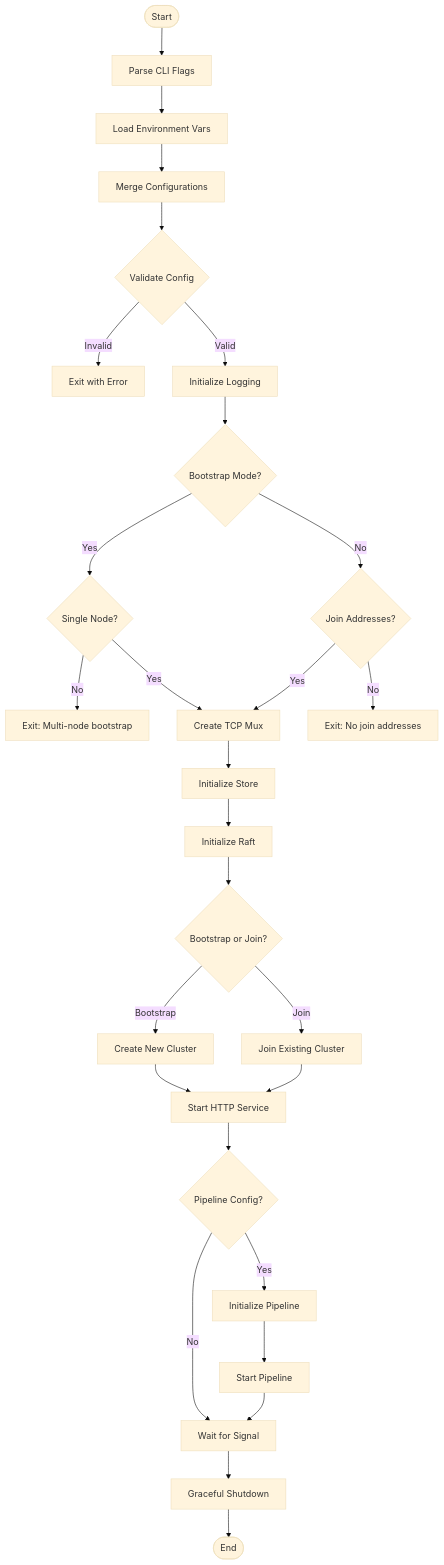
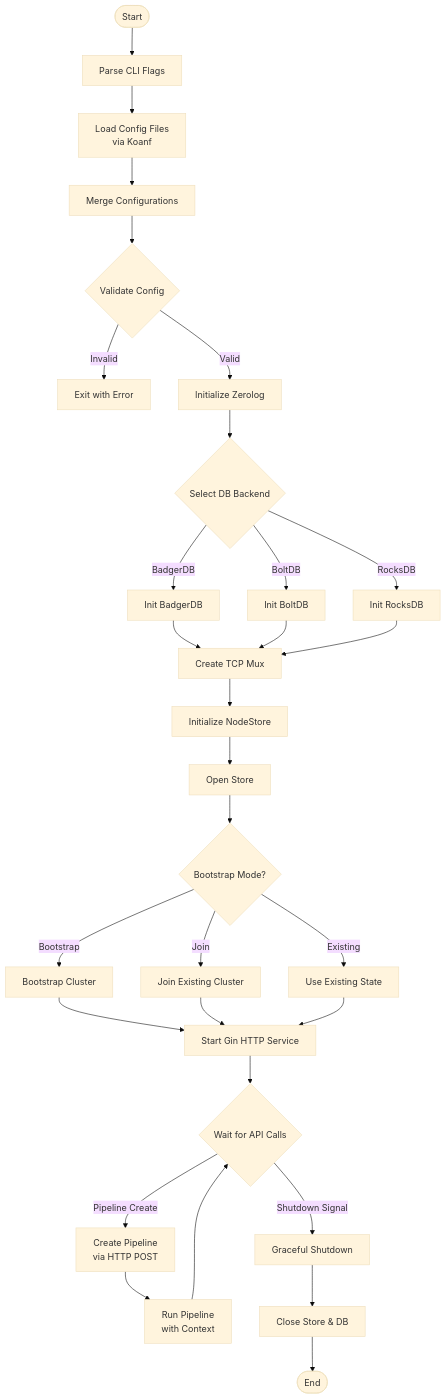
One commit to tarungka/wire changed the ninth of 10 diagrams in docs/ARCHITECTURE_DIAGRAMS.md. Above: the diagram before and after it, drawn with Mermaid (base theme). The commit also changed other lines of this file and 1 other file, not shown here.

````diff
--- a/docs/ARCHITECTURE_DIAGRAMS.md
+++ b/docs/ARCHITECTURE_DIAGRAMS.md
@@ -387,43 +408,43 @@
 ```mermaid
 flowchart TD
     Start([Start]) --> ParseFlags[Parse CLI Flags]
-    ParseFlags --> LoadEnv[Load Environment Vars]
-    LoadEnv --> MergeConfig[Merge Configurations]
+    ParseFlags --> LoadConfig[Load Config Files<br/>via Koanf]
+    LoadConfig --> MergeConfig[Merge Configurations]
     
     MergeConfig --> Validate{Validate Config}
     Validate -->|Invalid| Exit1[Exit with Error]
-    Validate -->|Valid| InitLogging[Initialize Logging]
+    Validate -->|Valid| InitLogging[Initialize Zerolog]
     
-    InitLogging --> CheckMode{Bootstrap Mode?}
+    InitLogging --> SelectDB{Select DB Backend}
+    SelectDB -->|BadgerDB| InitBadger[Init BadgerDB]
+    SelectDB -->|BoltDB| InitBolt[Init BoltDB]
+    SelectDB -->|RocksDB| InitRocks[Init RocksDB]
     
-    CheckMode -->|Yes| CheckSingle{Single Node?}
-    CheckMode -->|No| CheckJoin{Join Addresses?}
+    InitBadger --> CreateMux[Create TCP Mux]
+    InitBolt --> CreateMux
+    InitRocks --> CreateMux
     
-    CheckSingle -->|No| Exit2[Exit: Multi-node bootstrap]
-    CheckSingle -->|Yes| CreateMux[Create TCP Mux]
+    CreateMux --> InitStore[Initialize NodeStore]
+    InitStore --> OpenStore[Open Store]
     
-    CheckJoin -->|No| Exit3[Exit: No join addresses]
-    CheckJoin -->|Yes| CreateMux
+    OpenStore --> CheckMode{Bootstrap Mode?}
     
-    CreateMux --> InitStore[Initialize Store]
-    InitStore --> InitRaft[Initialize Raft]
+    CheckMode -->|Bootstrap| CreateCluster[Bootstrap Cluster]
+    CheckMode -->|Join| JoinCluster[Join Existing Cluster]
+    CheckMode -->|Existing| UseExisting[Use Existing State]
     
-    InitRaft --> BootstrapOrJoin{Bootstrap or Join?}
+    CreateCluster --> StartHTTP[Start Gin HTTP Service]
+    JoinCluster --> StartHTTP
+    UseExisting --> StartHTTP
     
-    BootstrapOrJoin -->|Bootstrap| CreateCluster[Create New Cluster]
-    BootstrapOrJoin -->|Join| JoinCluster[Join Existing Cluster]
+    StartHTTP --> WaitAPI{Wait for API Calls}
     
-    CreateCluster --> StartHTTP[Start HTTP Service]
-    JoinCluster --> StartHTTP
+    WaitAPI -->|Pipeline Create| CreatePipeline[Create Pipeline<br/>via HTTP POST]
+    WaitAPI -->|Shutdown Signal| Shutdown[Graceful Shutdown]
     
-    StartHTTP --> LoadPipeline{Pipeline Config?}
+    CreatePipeline --> RunPipeline[Run Pipeline<br/>with Context]
+    RunPipeline --> WaitAPI
     
-    LoadPipeline -->|Yes| InitPipeline[Initialize Pipeline]
-    LoadPipeline -->|No| WaitSignal[Wait for Signal]
-    
-    InitPipeline --> StartPipeline[Start Pipeline]
-    StartPipeline --> WaitSignal
-    
-    WaitSignal --> Shutdown[Graceful Shutdown]
-    Shutdown --> End([End])
+    Shutdown --> CloseStore[Close Store & DB]
+    CloseStore --> End([End])
 ```
````
